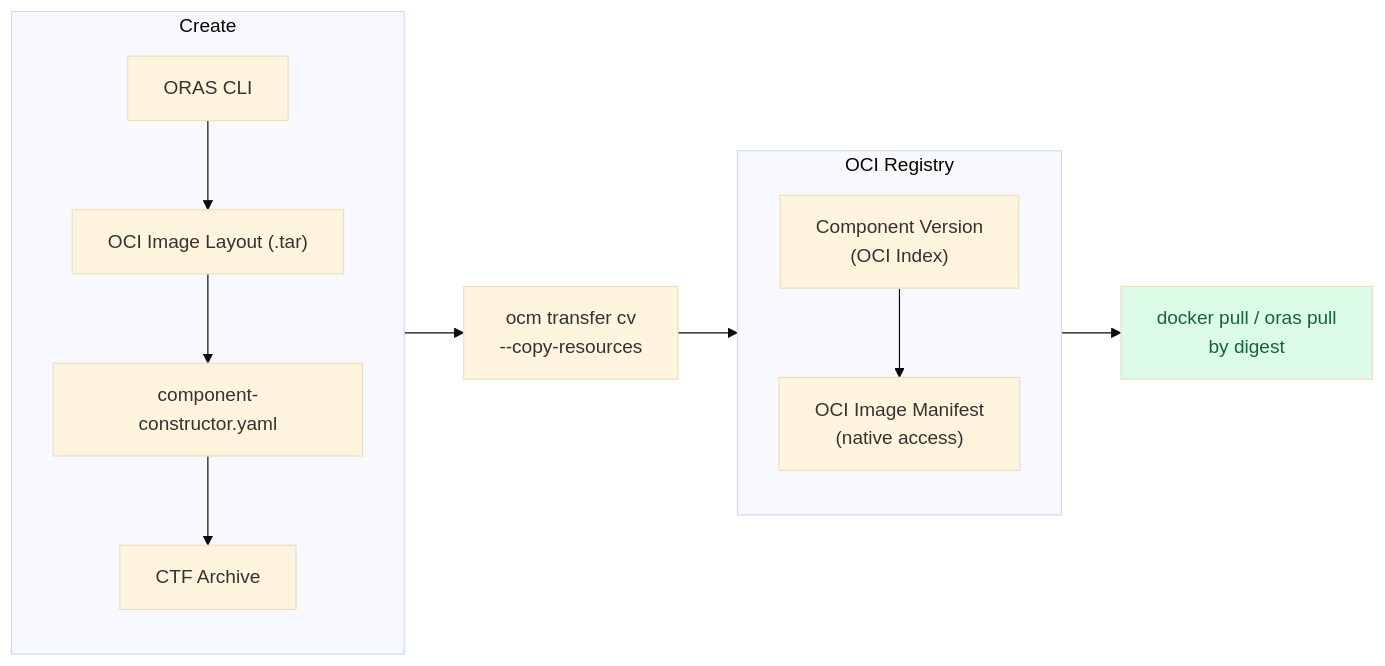
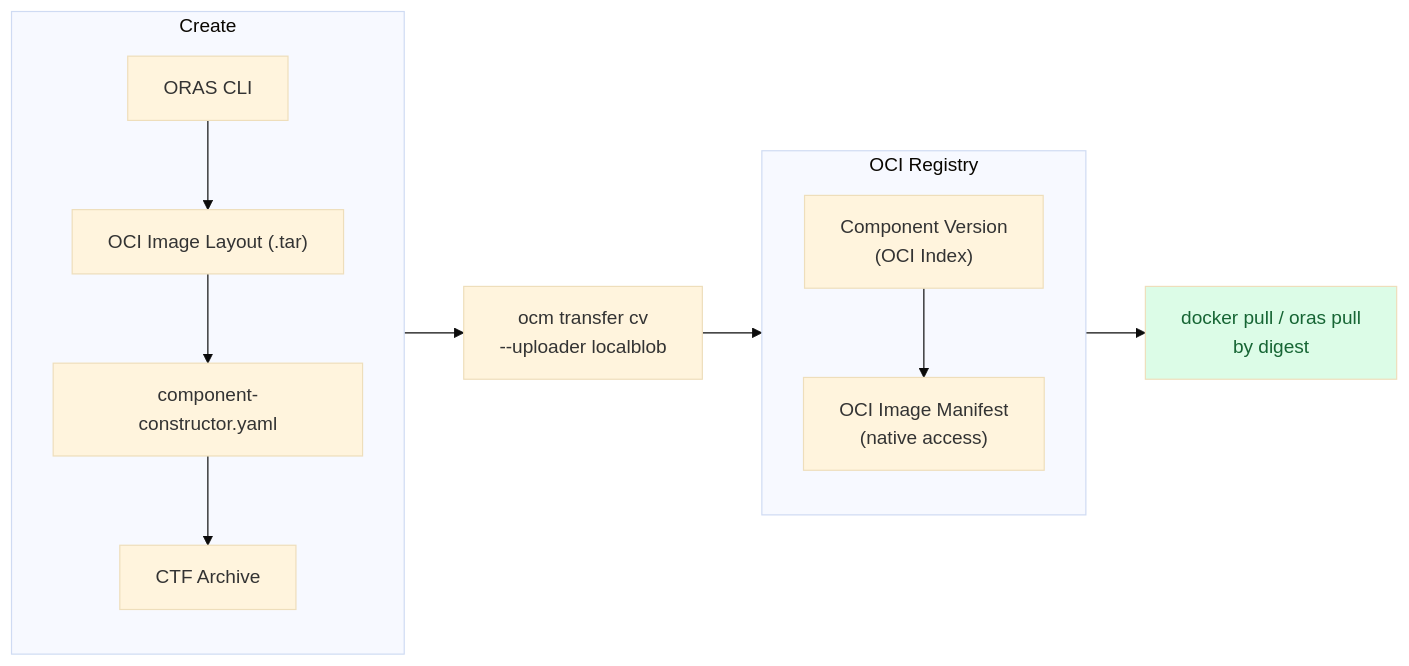
One commit to matthiasbruns/open-component-model changed the first of 2 diagrams in website/content/docs/tutorials/working-with-oci/_index.md. Above: the diagram before and after it, drawn with Mermaid (base theme). The commit also changed other lines of this file and 40 other files, not shown here.

First line of the commit message:
feat(cli)!: replace --copy-resources with a generic --uploader flag

````diff
--- a/website/content/docs/tutorials/working-with-oci/_index.md
+++ b/website/content/docs/tutorials/working-with-oci/_index.md
@@ -28,24 +28,24 @@
 ```mermaid
 flowchart LR
     subgraph create ["Create"]
         direction TB
         ORAS["ORAS CLI"] --> Layout["OCI Image Layout (.tar)"]
         Layout --> Constructor["component-constructor.yaml"]
         Constructor --> CTF["CTF Archive"]
     end
 
-    CTF --> Transfer["ocm transfer cv<br/>--copy-resources"]
+    CTF --> Transfer["ocm transfer cv<br/>--uploader localblob"]
 
     subgraph registry ["OCI Registry"]
         direction TB
         Index["Component Version<br/>(OCI Index)"]
         Manifest["OCI Image Manifest<br/>(native access)"]
         Index --> Manifest
     end
 
     Transfer --> Index
 
     Manifest --> Pull["docker pull / oras pull<br/>by digest"]
 
     style Pull fill:#dcfce7,color:#166534
 ```
````
